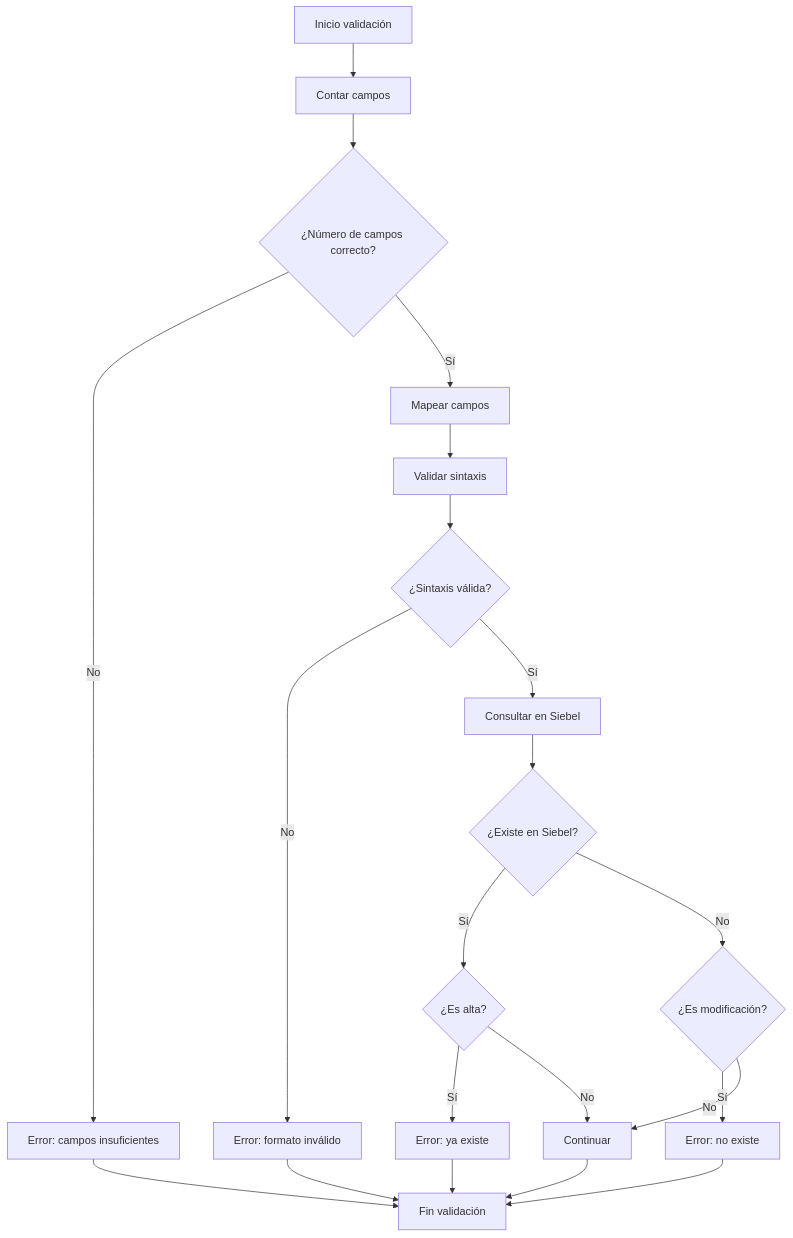
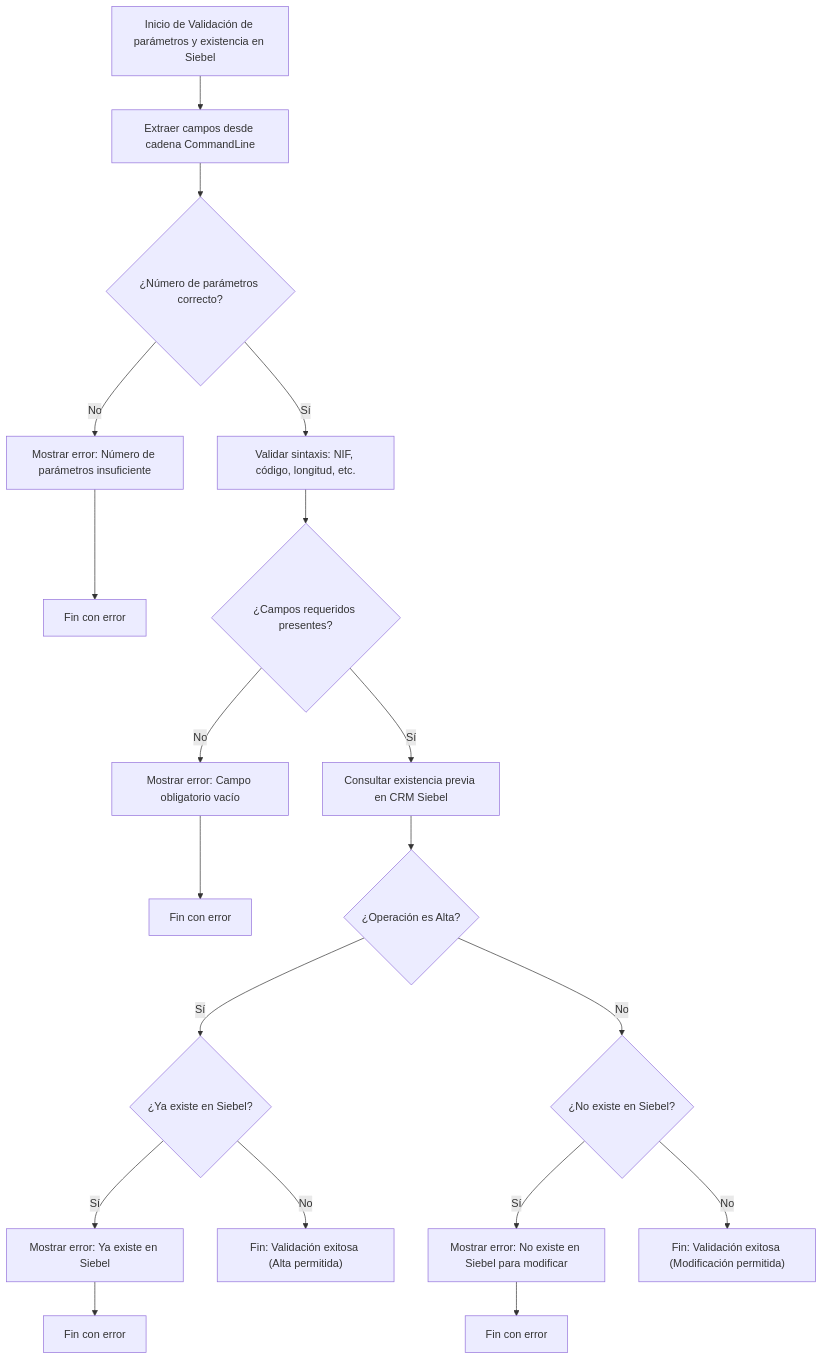
The diagram in readmeValidarParametros.md (pepices/PBLEntradaUnica), drawn with Mermaid before and after one commit. The commit also changed other lines of this file and 1 other file, not shown here.

Commit message:
Add navigation links between Mermaid diagrams in readmeOpenAI002.md and readmeValidarParametros.md

````diff
--- a/readmeValidarParametros.md
+++ b/readmeValidarParametros.md
@@ -47,23 +47,25 @@
 ```mermaid
 flowchart TD
-    A[Inicio validación] --> B[Contar campos]
-    B --> C{¿Número de campos correcto?}
-    C -- No --> D[Error: campos insuficientes]
-    C -- Sí --> E[Mapear campos]
-    E --> F[Validar sintaxis]
-    F --> G{¿Sintaxis válida?}
-    G -- No --> H[Error: formato inválido]
-    G -- Sí --> I[Consultar en Siebel]
-    I --> J{¿Existe en Siebel?}
-    J -- Sí --> K{¿Es alta?}
-    K -- Sí --> L[Error: ya existe]
-    K -- No --> M[Continuar]
-    J -- No --> N{¿Es modificación?}
-    N -- Sí --> O[Error: no existe]
-    N -- No --> M
-    M --> P[Fin validación]
-    D --> P
-    H --> P
-    L --> P
-    O --> P
+    Start["Inicio de Validación de parámetros y existencia en Siebel"]
+    Start --> ParseParams["Extraer campos desde cadena CommandLine"]
+    ParseParams --> CheckCount{"¿Número de parámetros correcto?"}
+    CheckCount -- No --> ErrorCount["Mostrar error: Número de parámetros insuficiente"]
+    ErrorCount --> EndErr1["Fin con error"]
+
+    CheckCount -- Sí --> ValidateSyntax["Validar sintaxis: NIF, código, longitud, etc."]
+    ValidateSyntax --> CheckFields{"¿Campos requeridos presentes?"}
+    CheckFields -- No --> ErrorFields["Mostrar error: Campo obligatorio vacío"]
+    ErrorFields --> EndErr2["Fin con error"]
+
+    CheckFields -- Sí --> CheckSiebel["Consultar existencia previa en CRM Siebel"]
+    CheckSiebel --> IsAlta{"¿Operación es Alta?"}
+    IsAlta -- Sí --> ExistsAlta{"¿Ya existe en Siebel?"}
+    ExistsAlta -- Sí --> ErrorAlta["Mostrar error: Ya existe en Siebel"]
+    ErrorAlta --> EndErr3["Fin con error"]
+    ExistsAlta -- No --> EndOk1["Fin: Validación exitosa (Alta permitida)"]
+
+    IsAlta -- No --> ExistsMod{"¿No existe en Siebel?"}
+    ExistsMod -- Sí --> ErrorMod["Mostrar error: No existe en Siebel para modificar"]
+    ErrorMod --> EndErr4["Fin con error"]
+    ExistsMod -- No --> EndOk2["Fin: Validación exitosa (Modificación permitida)"]
 ```
````
